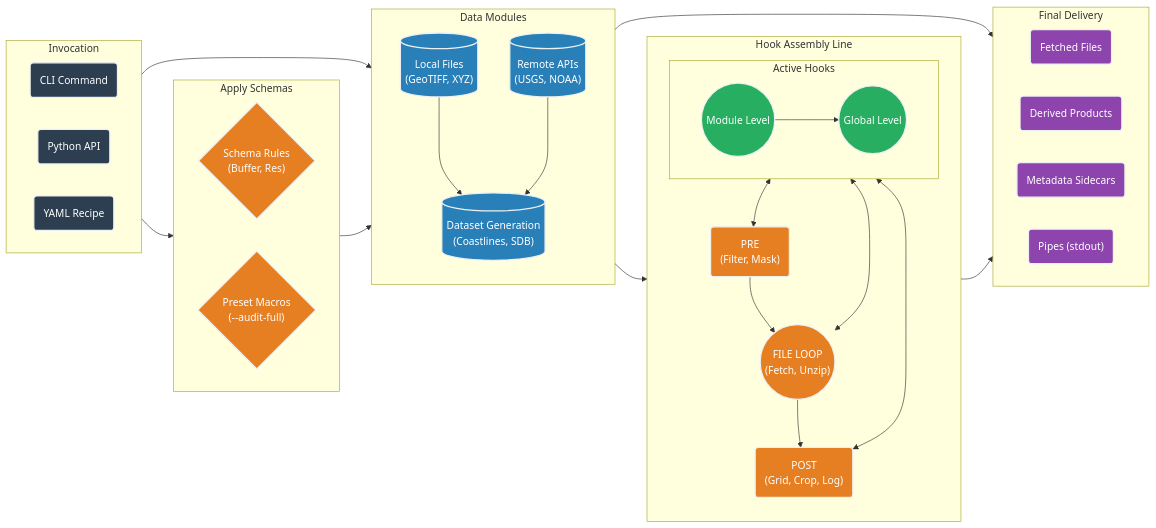
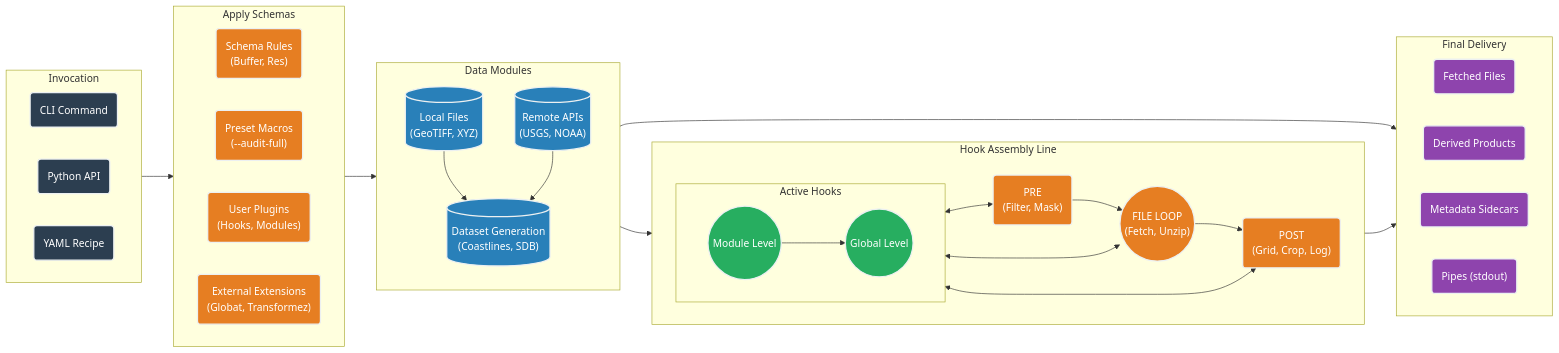
The diagram in README.md (continuous-dems/fetchez), drawn with Mermaid before and after one commit.

Commit message:
mermaid test

````diff
--- a/README.md
+++ b/README.md
@@ -17,75 +17,76 @@
 ```mermaid
 flowchart LR
     %% Custom Styling
     classDef input fill:#2c3e50,stroke:#ecf0f1,stroke-width:2px,color:#fff,rx:5px,ry:5px;
     classDef engine fill:#e67e22,stroke:#ecf0f1,stroke-width:2px,color:#fff,rx:5px,ry:5px;
     classDef module fill:#2980b9,stroke:#ecf0f1,stroke-width:2px,color:#fff,rx:5px,ry:5px;
     classDef hook fill:#27ae60,stroke:#ecf0f1,stroke-width:2px,color:#fff,rx:5px,ry:5px;
     classDef output fill:#8e44ad,stroke:#ecf0f1,stroke-width:2px,color:#fff,rx:5px,ry:5px;
 
     %% 1. Inputs
     subgraph Inputs ["Invocation"]
         direction LR
         CLI("CLI Command"):::input
         API("Python API"):::input
         Recipe("YAML Recipe"):::input
     end
 
     %% 2. Orchestration
     subgraph Schemas ["Apply Schemas"]
         direction LR
-        Schema{"Schema Rules<br/>(Buffer, Res)"}:::engine
-        Presets{"Preset Macros<br/>(--audit-full)"}:::engine
+        Schema("Schema Rules<br/>(Buffer, Res)"):::engine
+        Presets("Preset Macros<br/>(--audit-full)"):::engine
+		Plugins("User Plugins<br/>(Hooks, Modules)"):::engine
+        Extensions("External Extensions<br/>(Globat, Transformez)"):::engine
     end
 
     %% 3. Data Sources
     subgraph Sources ["Data Modules"]
         direction TB
         Remote[("Remote APIs<br/>(USGS, NOAA)")]:::module
         Local[("Local Files<br/>(GeoTIFF, XYZ)")]:::module
         Tools[("Dataset Generation<br/>(Coastlines, SDB)")]:::module
 
-        Local ---> Tools
-        Remote ---> Tools
+        Local --> Tools
+        Remote --> Tools
     end
 
     %% 4. The Pipeline
     subgraph Pipeline ["Hook Assembly Line"]
-        direction TB
+        direction LR
 
         subgraph HookTypes ["Active Hooks"]
             direction LR
             ModHooks(("Module Level")):::hook
             GlobHooks(("Global Level")):::hook
             ModHooks --> GlobHooks
         end
 
         Pre("PRE<br/>(Filter, Mask)"):::engine
         File(("FILE LOOP<br/>(Fetch, Unzip)")):::engine
         Post("POST<br/>(Grid, Crop, Log)"):::engine
 
         Pre --> File --> Post
 
         HookTypes ~~~ Pre
         Pre <--> HookTypes
         File <--> HookTypes
         Post <--> HookTypes
     end
 
     %% 5. Outputs
     subgraph Out ["Final Delivery"]
         direction LR
         Files("Fetched Files"):::output
         Products("Derived Products"):::output
         Metadata("Metadata Sidecars"):::output
         Pipes("Pipes (stdout)"):::output
     end
 
     %% Connections
     Inputs --> Schemas
-    Inputs --> Sources
     Schemas --> Sources
     Sources --> Pipeline
     Sources --> Out
     Pipeline --> Out
 ```
````
